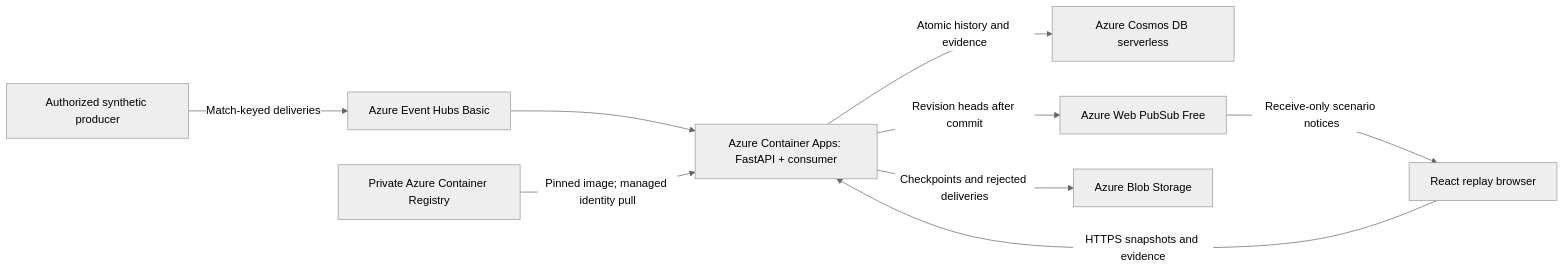
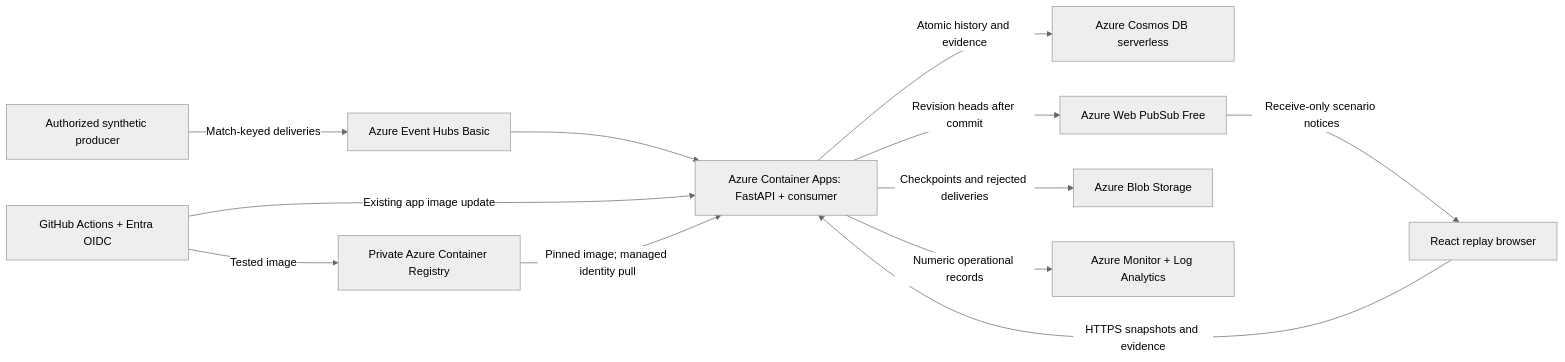
Before and after one commit to Haydnlee31/CounterPress: the diagram in docs/deployment.md, drawn with Mermaid (neutral theme). The commit also changed other lines of this file and 4 other files, not shown here.

````diff
--- a/docs/deployment.md
+++ b/docs/deployment.md
@@ -66,11 +66,14 @@
 ```mermaid
 flowchart LR
   Producer[Authorized synthetic producer] -->|Match-keyed deliveries| EH[Azure Event Hubs Basic]
   EH --> App[Azure Container Apps: FastAPI + consumer]
   Browser[React replay browser] -->|HTTPS snapshots and evidence| App
   App -->|Atomic history and evidence| Cosmos[Azure Cosmos DB serverless]
   App -->|Revision heads after commit| PubSub[Azure Web PubSub Free]
   PubSub -->|Receive-only scenario notices| Browser
   App -->|Checkpoints and rejected deliveries| Blob[Azure Blob Storage]
-  ACR[Private Azure Container Registry] -->|Pinned image; managed identity pull| App
+  Actions[GitHub Actions + Entra OIDC] -->|Tested image| ACR[Private Azure Container Registry]
+  Actions -->|Existing app image update| App
+  ACR -->|Pinned image; managed identity pull| App
+  App -->|Numeric operational records| Monitor[Azure Monitor + Log Analytics]
 ```
````
